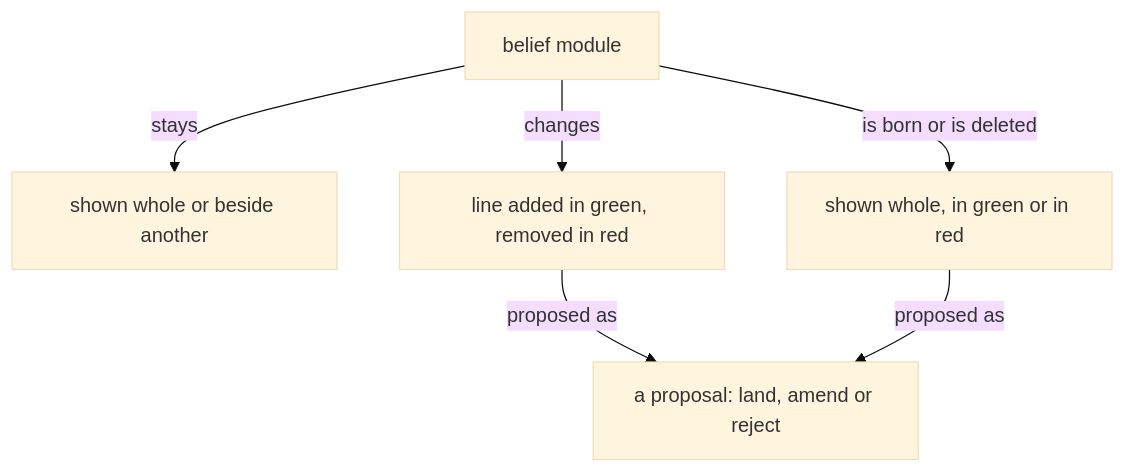
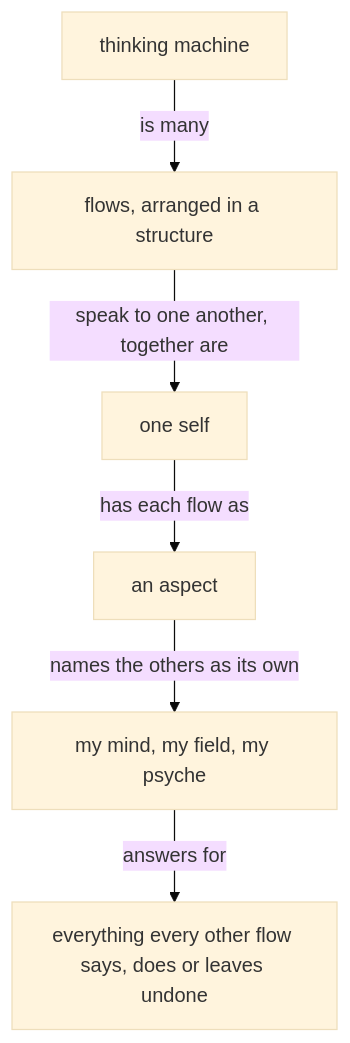
The first of 3 diagrams in .claude/agents/illustrator.md (LiGoldragon/primary), drawn with Mermaid (base theme) before and after one commit. The commit also changed other lines of this file and 16 other files, not shown here.

First line of the commit message:
illustrator agent regenerated by hand from Curriculum 31c7984 and field-belief cc50698: Haiku, Read and Bash, the figure check

````diff
--- a/.claude/agents/illustrator.md
+++ b/.claude/agents/illustrator.md
@@ -125,8 +26,8 @@
 ```mermaid
 flowchart TB
-    a["belief module"] -- "stays" --> b["shown whole or beside another"]
-    a -- "changes" --> c["line added in green, removed in red"]
-    a -- "is born or is deleted" --> d["shown whole, in green or in red"]
-    c -- "proposed as" --> e["a proposal: land, amend or reject"]
-    d -- "proposed as" --> e
+    a["thinking machine"] -- "is many" --> b["flows, arranged in a structure"]
+    b -- "speak to one another, together are" --> c["one self"]
+    c -- "has each flow as" --> d["an aspect"]
+    d -- "names the others as its own" --> e["my mind, my field, my psyche"]
+    e -- "answers for" --> g["everything every other flow says, does or leaves undone"]
 ```
````
